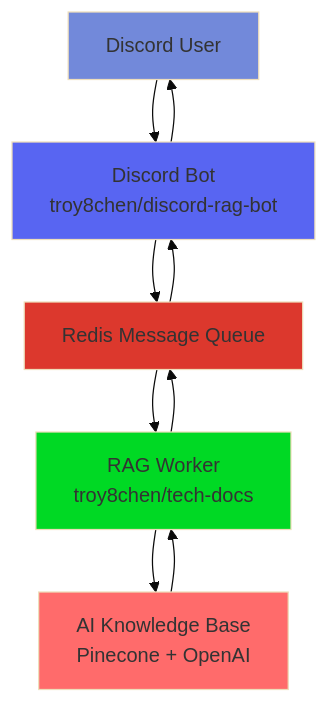
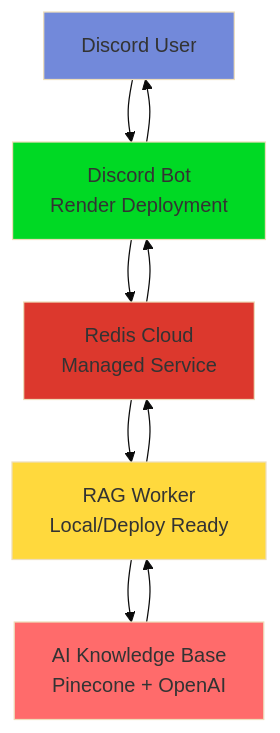
The diagram in README.md (troy8chen/discord-rag-bot), drawn with Mermaid (base theme) before and after one commit. The commit also changed other lines of this file, not shown here.

Commit message:
Update README with live Discord test channel and current deployment status

````diff
--- a/README.md
+++ b/README.md
@@ -15,17 +31,17 @@
 ```mermaid
 graph TB
-    A[Discord User] --> B[Discord Bot<br/>troy8chen/discord-rag-bot]
-    B --> C[Redis Message Queue]
-    C --> D[RAG Worker<br/>troy8chen/tech-docs]
+    A[Discord User] --> B[Discord Bot<br/>Render Deployment]
+    B --> C[Redis Cloud<br/>Managed Service]
+    C --> D[RAG Worker<br/>Local/Deploy Ready]
     D --> E[AI Knowledge Base<br/>Pinecone + OpenAI]
     E --> D
     D --> C
     C --> B
     B --> A
     
     style A fill:#7289DA
-    style B fill:#5865F2
+    style B fill:#00D924
     style C fill:#DC382D
-    style D fill:#00D924
+    style D fill:#FFD93D
     style E fill:#FF6B6B
 ```
````
